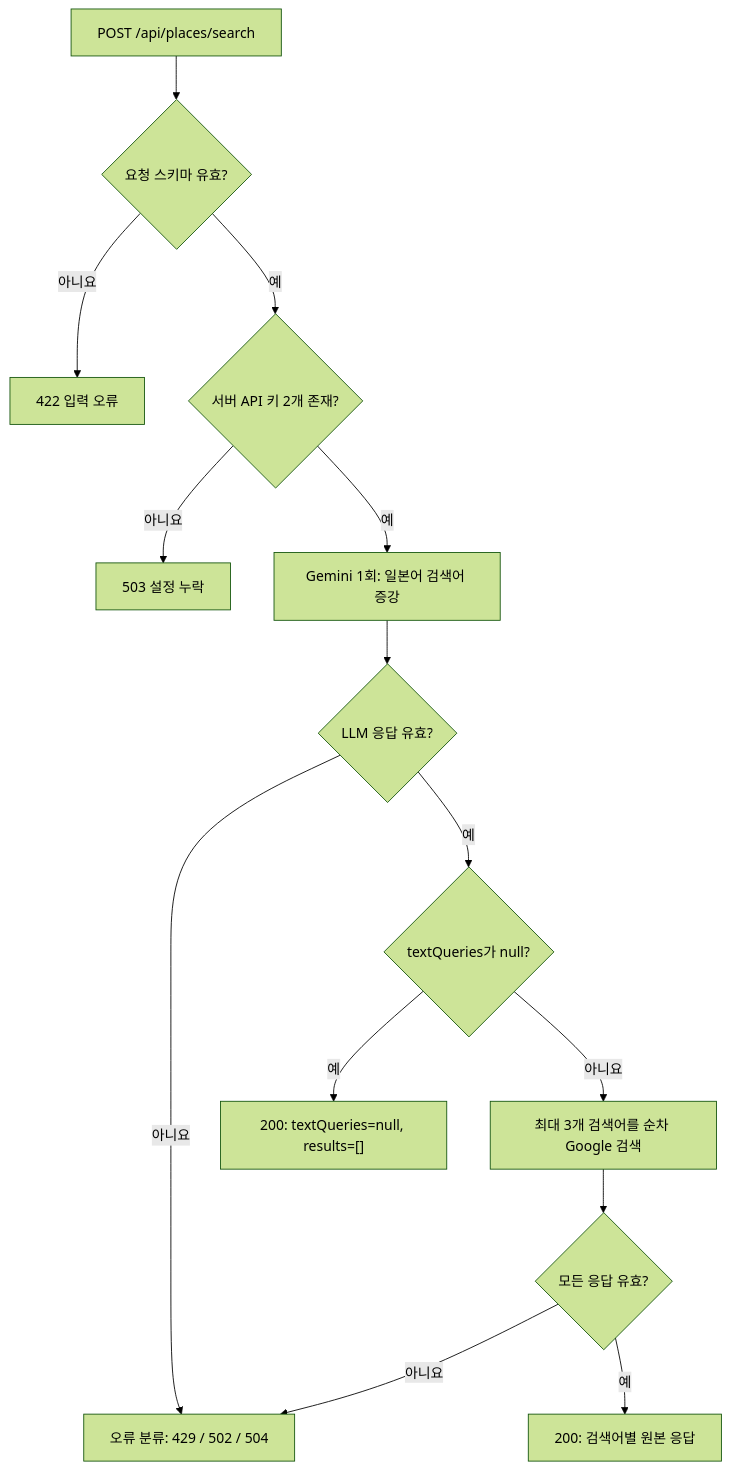
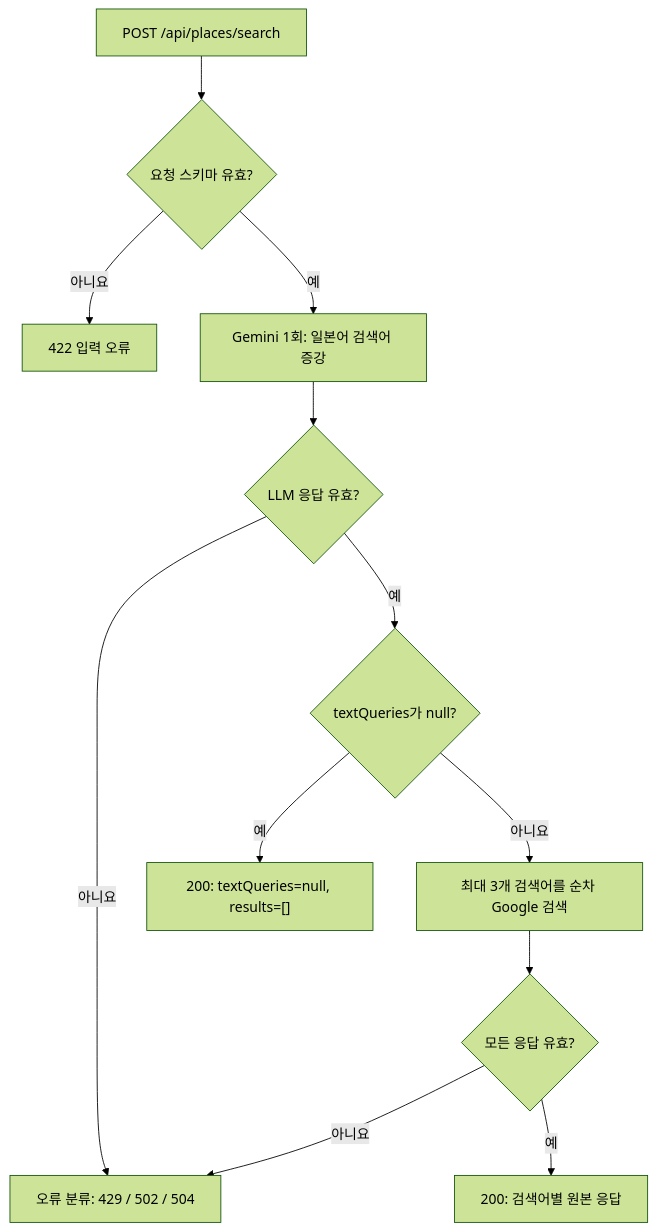
Before and after one commit to KimTaeYun02/JPass-Opt: the diagram in backend/docs/text_search.md, drawn with Mermaid (forest theme). The commit also changed other lines of this file and 13 other files, not shown here.

````diff
--- a/backend/docs/text_search.md
+++ b/backend/docs/text_search.md
@@ -262,16 +262,14 @@
 ```mermaid
 flowchart TD
     A["POST /api/places/search"] --> B{"요청 스키마 유효?"}
     B -- 아니요 --> E422["422 입력 오류"]
-    B -- 예 --> C{"서버 API 키 2개 존재?"}
-    C -- 아니요 --> E503["503 설정 누락"]
-    C -- 예 --> D["Gemini 1회: 일본어 검색어 증강"]
+    B -- 예 --> D["Gemini 1회: 일본어 검색어 증강"]
     D --> V{"LLM 응답 유효?"}
     V -- 아니요 --> E["오류 분류: 429 / 502 / 504"]
     V -- 예 --> N{"textQueries가 null?"}
     N -- 예 --> Z["200: textQueries=null, results=[]"]
     N -- 아니요 --> Q["최대 3개 검색어를 순차 Google 검색"]
     Q --> G{"모든 응답 유효?"}
     G -- 아니요 --> E
     G -- 예 --> OK["200: 검색어별 원본 응답"]
 ```
````
